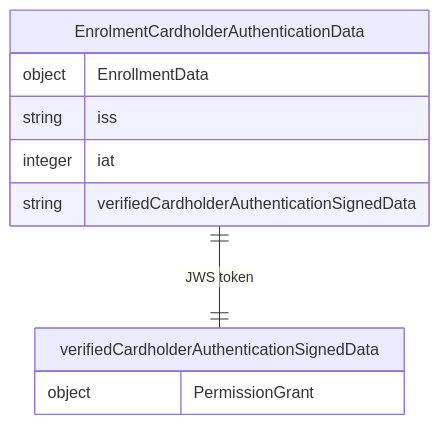
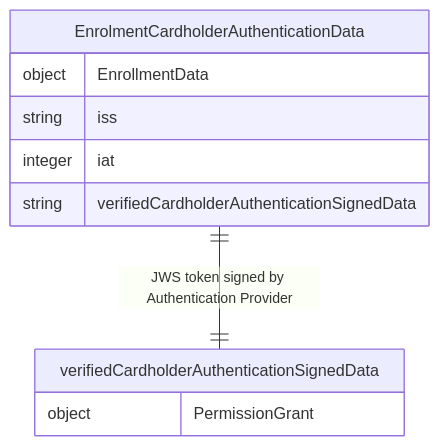
Before and after one commit to BankAxept/bankaxept-epayment-development-kit: the second of 4 diagrams in docs/authentication_interoperability.md, drawn with Mermaid. The commit also changed other lines of this file and 1 other file, not shown here.

````diff
--- a/docs/authentication_interoperability.md
+++ b/docs/authentication_interoperability.md
@@ -74,14 +74,14 @@
 ```mermaid
 erDiagram
-  EnrolmentCardholderAuthenticationData ||--|| verifiedCardholderAuthenticationSignedData : "JWS token"
+  EnrolmentCardholderAuthenticationData ||--|| verifiedCardholderAuthenticationSignedData : "JWS token signed by Authentication Provider"
   EnrolmentCardholderAuthenticationData {
         object EnrollmentData
         string iss
         integer iat
         string verifiedCardholderAuthenticationSignedData
     }
     verifiedCardholderAuthenticationSignedData {
       object PermissionGrant
     }
 
 ```
````
